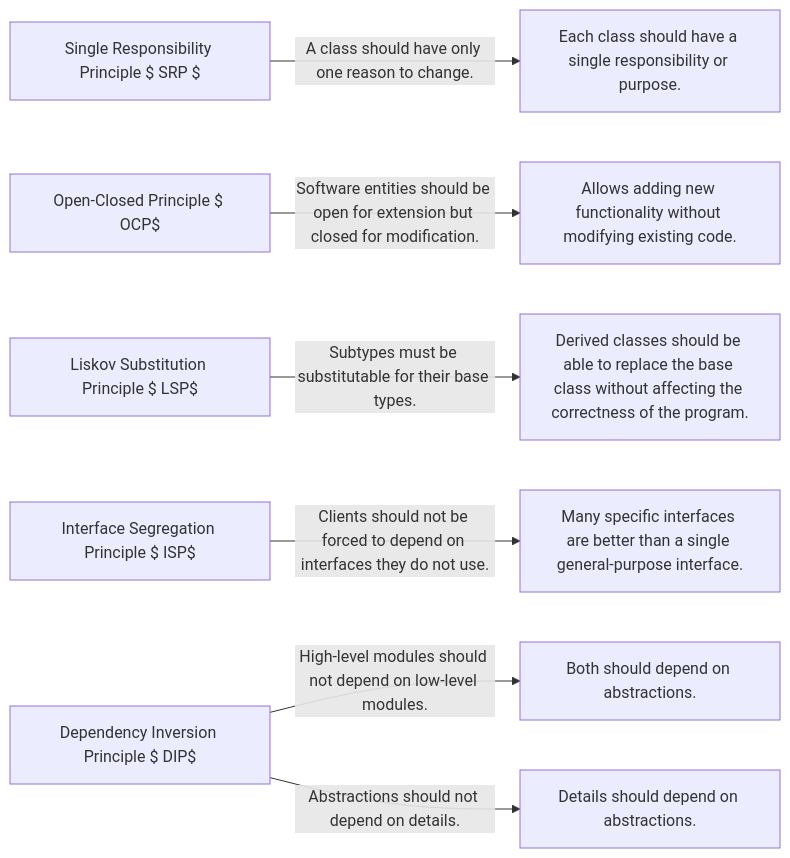
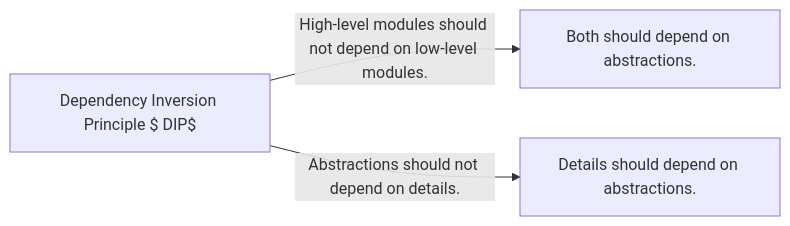
One commit to dhananjaymallanna/MyBook changed the fifth of 15 diagrams in _chapters/003-system-design/009-solidprinciples.md. Above: the diagram before and after it, drawn with Mermaid. The commit also changed other lines of this file and 1 other file, not shown here.

````diff
--- a/_chapters/003-system-design/009-solidprinciples.md
+++ b/_chapters/003-system-design/009-solidprinciples.md
@@ -9,9 +53,5 @@
 ```mermaid!
       graph LR
-         SRP["Single Responsibility Principle $ SRP $ "] -->|"A class should have only one reason to change."| Class1["Each class should have a single responsibility or purpose."]
-         OCP["Open-Closed Principle $ OCP$ "] -->|"Software entities should be open for extension but closed for modification."| Class2["Allows adding new functionality without modifying existing code."]
-         LSP["Liskov Substitution Principle $ LSP$ "] -->|"Subtypes must be substitutable for their base types."| Class3["Derived classes should be able to replace the base class without affecting the correctness of the program."]
-         ISP["Interface Segregation Principle $ ISP$ "] -->|"Clients should not be forced to depend on interfaces they do not use."| Class4["Many specific interfaces are better than a single general-purpose interface."]
          DIP["Dependency Inversion Principle $ DIP$ "] -->|"High-level modules should not depend on low-level modules."| Class5["Both should depend on abstractions."]
          DIP -->|"Abstractions should not depend on details."| Class6["Details should depend on abstractions."]
 ```
````
